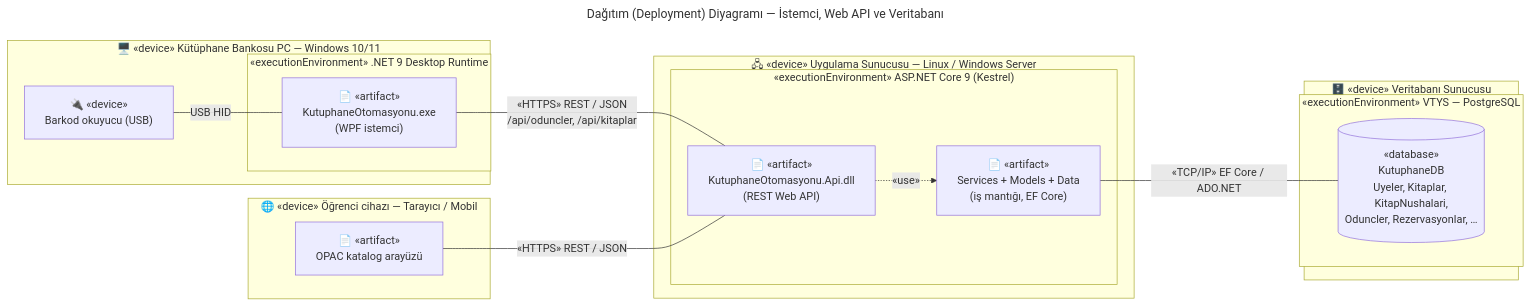
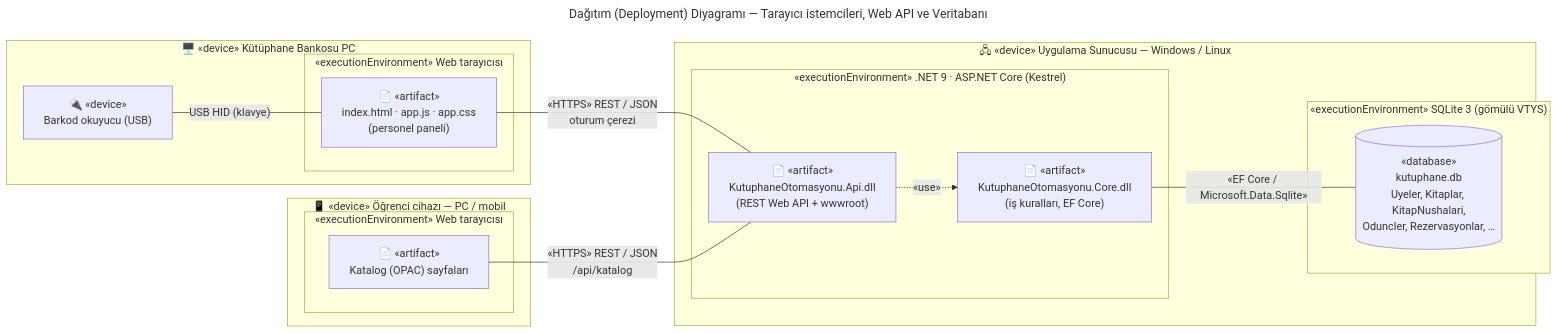
Before and after one commit to sudenurozturkk/KutuphaneOtomasyonu: the diagram in docs/uml/4-dagitim-diyagrami.mmd, drawn with Mermaid. The commit also changed 8 other files, not shown here.

First line of the commit message:
docs: cevrimici kullanim, Web API ve guncel UML diyagramlari

```diff
--- a/docs/uml/4-dagitim-diyagrami.mmd
+++ b/docs/uml/4-dagitim-diyagrami.mmd
@@ -1,33 +1,32 @@
 ---
-title: Dağıtım (Deployment) Diyagramı — İstemci, Web API ve Veritabanı
+title: Dağıtım (Deployment) Diyagramı — Tarayıcı istemcileri, Web API ve Veritabanı
 ---
 flowchart LR
-    subgraph PC["🖥️ «device» Kütüphane Bankosu PC — Windows 10/11"]
-        subgraph RT1["«executionEnvironment» .NET 9 Desktop Runtime"]
-            A1["📄 «artifact»<br/>KutuphaneOtomasyonu.exe<br/>(WPF istemci)"]
+    subgraph PC["🖥️ «device» Kütüphane Bankosu PC"]
+        subgraph TR1["«executionEnvironment» Web tarayıcısı"]
+            A1["📄 «artifact»<br/>index.html · app.js · app.css<br/>(personel paneli)"]
         end
         BR["🔌 «device»<br/>Barkod okuyucu (USB)"]
     end
 
-    subgraph WEB["🌐 «device» Öğrenci cihazı — Tarayıcı / Mobil"]
-        A4["📄 «artifact»<br/>OPAC katalog arayüzü"]
-    end
-
-    subgraph SRV["🖧 «device» Uygulama Sunucusu — Linux / Windows Server"]
-        subgraph RT2["«executionEnvironment» ASP.NET Core 9 (Kestrel)"]
-            A2["📄 «artifact»<br/>KutuphaneOtomasyonu.Api.dll<br/>(REST Web API)"]
-            A3["📄 «artifact»<br/>Services + Models + Data<br/>(iş mantığı, EF Core)"]
+    subgraph OGR["📱 «device» Öğrenci cihazı — PC / mobil"]
+        subgraph TR2["«executionEnvironment» Web tarayıcısı"]
+            A4["📄 «artifact»<br/>Katalog (OPAC) sayfaları"]
         end
     end
 
-    subgraph DBS["🗄️ «device» Veritabanı Sunucusu"]
-        subgraph RT3["«executionEnvironment» VTYS — PostgreSQL"]
-            DB[("«database»<br/>KutuphaneDB<br/>Uyeler, Kitaplar, KitapNushalari,<br/>Oduncler, Rezervasyonlar, …")]
+    subgraph SRV["🖧 «device» Uygulama Sunucusu — Windows / Linux"]
+        subgraph RT2["«executionEnvironment» .NET 9 · ASP.NET Core (Kestrel)"]
+            A2["📄 «artifact»<br/>KutuphaneOtomasyonu.Api.dll<br/>(REST Web API + wwwroot)"]
+            A3["📄 «artifact»<br/>KutuphaneOtomasyonu.Core.dll<br/>(iş kuralları, EF Core)"]
+        end
+        subgraph RT3["«executionEnvironment» SQLite 3 (gömülü VTYS)"]
+            DB[("«database»<br/>kutuphane.db<br/>Uyeler, Kitaplar, KitapNushalari,<br/>Oduncler, Rezervasyonlar, …")]
         end
     end
 
-    BR -- "USB HID" --- A1
-    A1 -- "«HTTPS» REST / JSON<br/>/api/oduncler, /api/kitaplar" --- A2
-    A4 -- "«HTTPS» REST / JSON" --- A2
+    BR -- "USB HID (klavye)" --- A1
+    A1 -- "«HTTPS» REST / JSON<br/>oturum çerezi" --- A2
+    A4 -- "«HTTPS» REST / JSON<br/>/api/katalog" --- A2
     A2 -. "«use»" .-> A3
-    A3 -- "«TCP/IP» EF Core / ADO.NET" --- DB
+    A3 -- "«EF Core / Microsoft.Data.Sqlite»" --- DB
```
